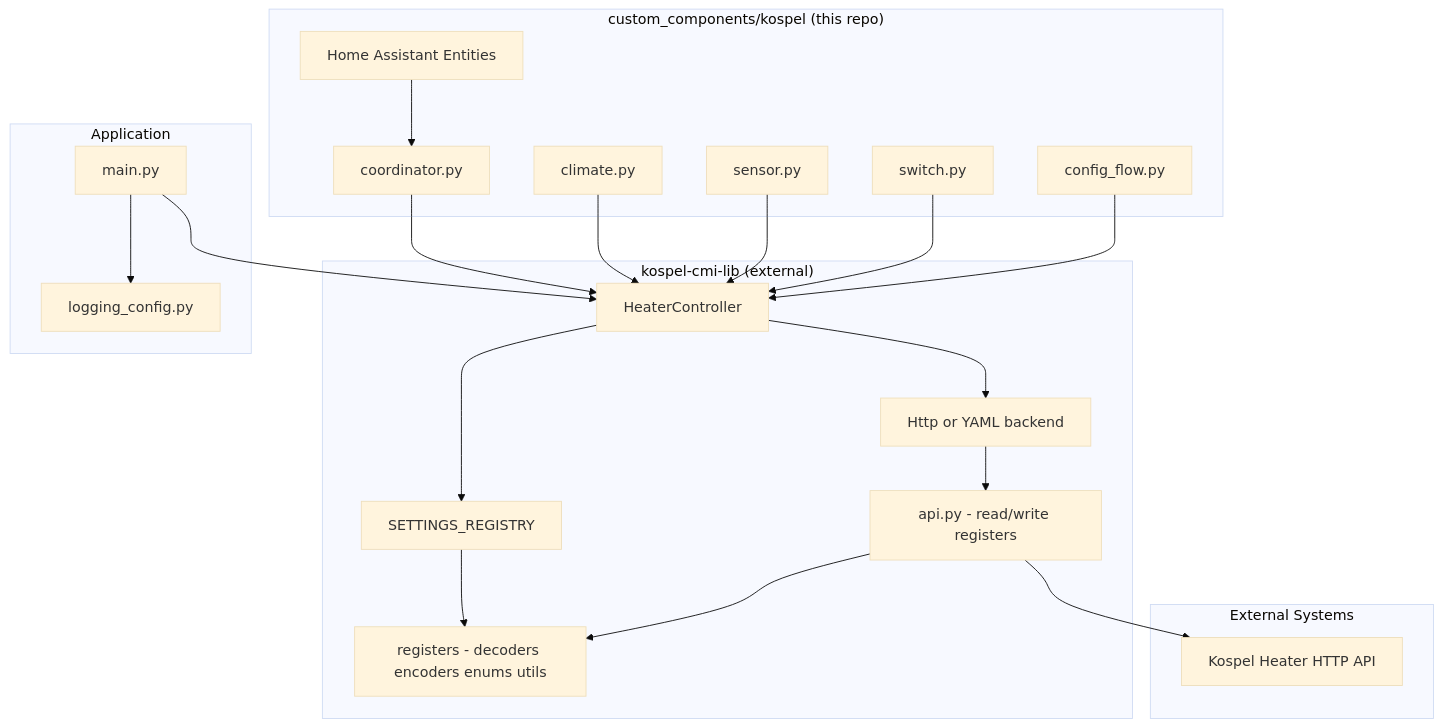
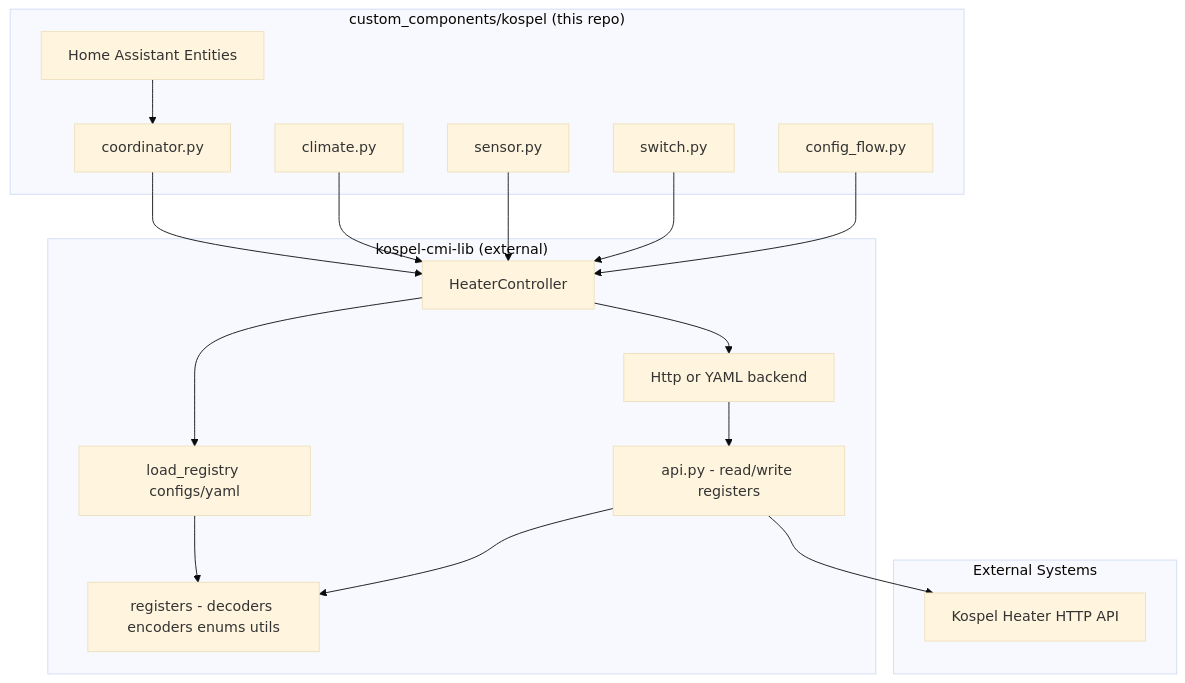
One commit to JanKrl/ha-kospel-cmi changed the diagram in docs/architecture.md. Above: the diagram before and after it, drawn with Mermaid (base theme). The commit also changed 10 other files, not shown here.

````diff
--- a/docs/architecture.md
+++ b/docs/architecture.md
@@ -5,46 +5,38 @@
 ```mermaid
 graph TB
     subgraph Integration["custom_components/kospel (this repo)"]
         HA[Home Assistant Entities]
         ConfigFlow[config_flow.py]
         Coordinator[coordinator.py]
         SensorEntity[sensor.py]
         ClimateEntity[climate.py]
         SwitchEntity[switch.py]
     end
 
     subgraph Library["kospel-cmi-lib (external)"]
         HeaterController[HeaterController]
         Backend[Http or YAML backend]
-        Registry[SETTINGS_REGISTRY]
+        Registry[load_registry configs/yaml]
         API[api.py - read/write registers]
         Registers[registers - decoders encoders enums utils]
     end
 
     subgraph External["External Systems"]
         HeaterAPI[Kospel Heater HTTP API]
-    end
-
-    subgraph App["Application"]
-        Main[main.py]
-        Logging[logging_config.py]
     end
 
     HA --> Coordinator
     Coordinator --> HeaterController
     ClimateEntity --> HeaterController
     SensorEntity --> HeaterController
     SwitchEntity --> HeaterController
     ConfigFlow --> HeaterController
 
     HeaterController --> Backend
     HeaterController --> Registry
     Backend --> API
     Registry --> Registers
     API --> Registers
 
     API --> HeaterAPI
-
-    Main --> HeaterController
-    Main --> Logging
 ```
````
